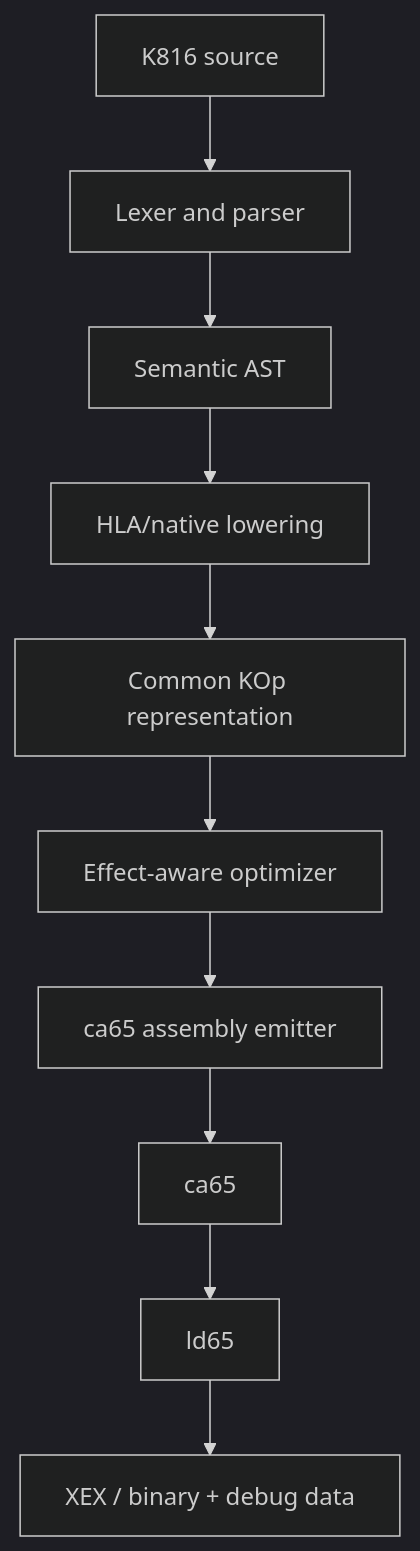
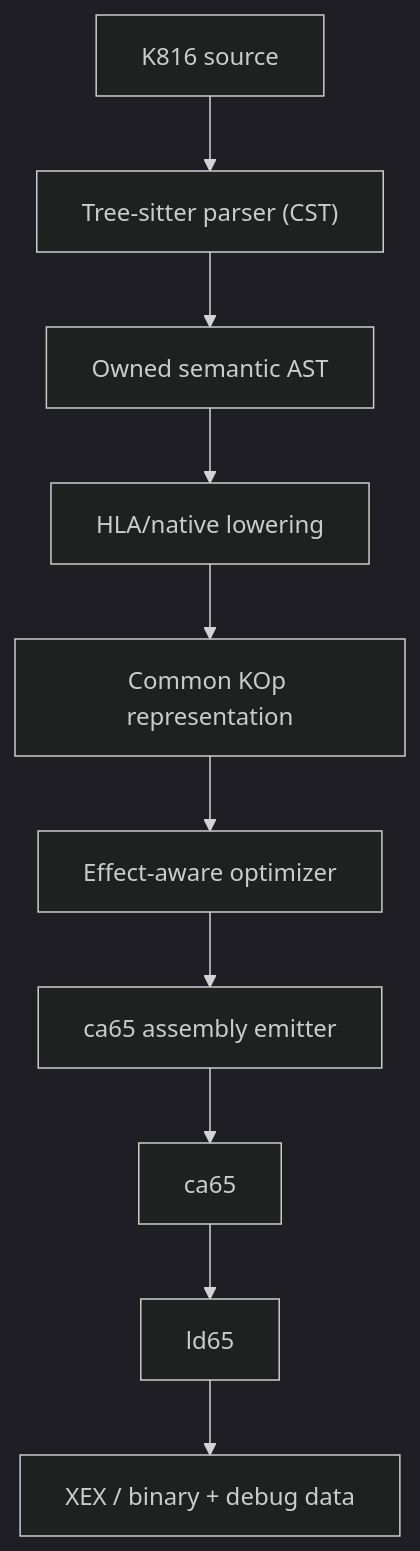
One commit to X65/K816 changed the diagram in doc/design.md. Above: the diagram before and after it, drawn with Mermaid (dark theme). The commit also changed other lines of this file, not shown here.

Commit message:
Adopt Tree-sitter as canonical parser

````diff
--- a/doc/design.md
+++ b/doc/design.md
@@ -27,12 +27,12 @@
 ```mermaid
 flowchart TD
-    S["K816 source"] --> P["Lexer and parser"]
-    P --> A["Semantic AST"]
+    S["K816 source"] --> P["Tree-sitter parser (CST)"]
+    P --> A["Owned semantic AST"]
     A --> L["HLA/native lowering"]
     L --> O["Common KOp representation"]
     O --> X["Effect-aware optimizer"]
     X --> E["ca65 assembly emitter"]
     E --> CA["ca65"]
     CA --> LD["ld65"]
     LD --> BIN["XEX / binary + debug data"]
 ```
````
